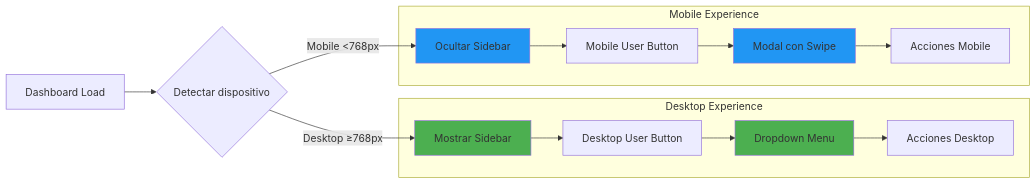
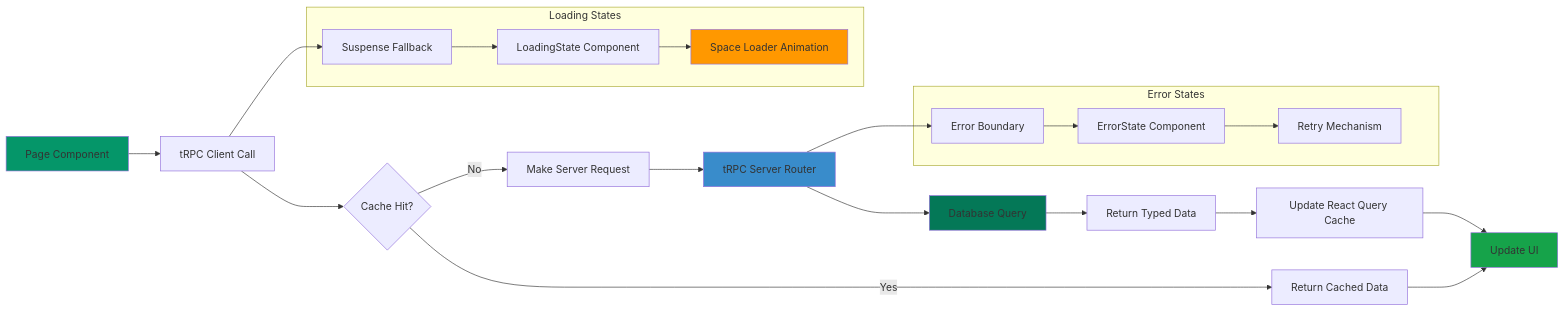
The third of 9 diagrams in README.md (felipesanchez-dev/agentesia), drawn with Mermaid before and after one commit. The commit also changed other lines of this file, not shown here.

Commit message:
feat: Update README.md with enhanced features, architecture diagrams, and improved documentation

````diff
--- a/README.md
+++ b/README.md
@@ -166,35 +214,43 @@
 ```mermaid
 flowchart LR
-    A[Dashboard Load] --> B{Detectar dispositivo}
+    A[Page Component] --> B[tRPC Client Call]
+    B --> C{Cache Hit?}
     
-    B -->|Desktop ≥768px| C[Mostrar Sidebar]
-    B -->|Mobile <768px| D[Ocultar Sidebar]
+    C -->|Yes| D[Return Cached Data]
+    C -->|No| E[Make Server Request]
     
-    C --> E[Desktop User Button]
-    D --> F[Mobile User Button]
+    E --> F[tRPC Server Router]
+    F --> G[Database Query]
+    G --> H[Return Typed Data]
     
-    E --> G[Dropdown Menu]
-    F --> H[Modal con Swipe]
+    H --> I[Update React Query Cache]
+    I --> J[Update UI]
     
-    G --> I[Acciones Desktop]
-    H --> J[Acciones Mobile]
+    D --> J
     
-    subgraph "Desktop Experience"
-        C
-        E
-        G
-        I
+    subgraph "Loading States"
+        K[Suspense Fallback]
+        L[LoadingState Component]
+        M[Space Loader Animation]
     end
     
-    subgraph "Mobile Experience"
-        D
-        F
-        H
-        J
+    subgraph "Error States"
+        N[Error Boundary]
+        O[ErrorState Component]
+        P[Retry Mechanism]
     end
     
-    style C fill:#4caf50
-    style D fill:#2196f3
-    style G fill:#4caf50
-    style H fill:#2196f3
+    B --> K
+    K --> L
+    L --> M
+    
+    F --> N
+    N --> O
+    O --> P
+    
+    style A fill:#059669
+    style F fill:#398CCB
+    style G fill:#047857
+    style J fill:#16a34a
+    style M fill:#ff9800
 ```
````
